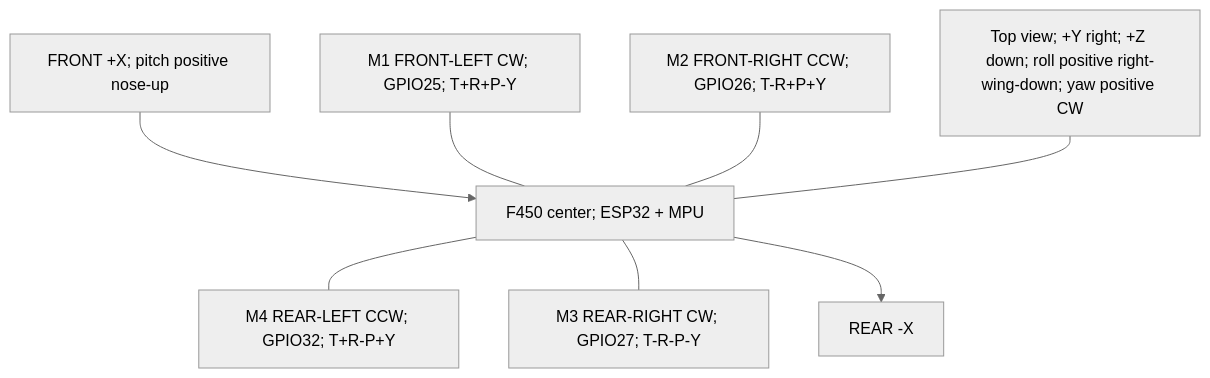
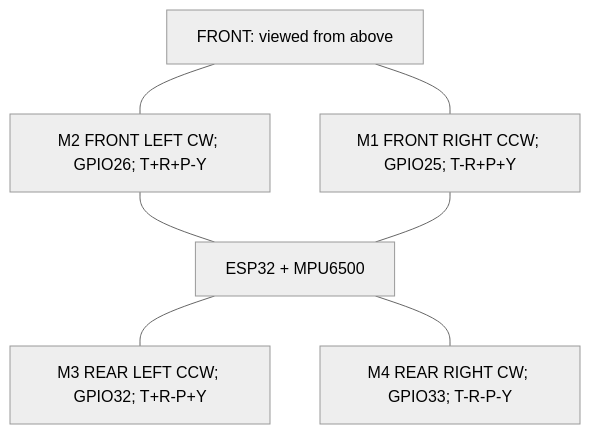
The diagram in diagrams/motor-layout.mmd (diyan07-ctrl/esp32-gesture-controlled-drone), drawn with Mermaid (neutral theme) before and after one commit. The commit also changed 72 other files, not shown here.

```diff
--- a/diagrams/motor-layout.mmd
+++ b/diagrams/motor-layout.mmd
@@ -1,8 +1,8 @@
 flowchart TB
-  F["FRONT +X; pitch positive nose-up"] --> C["F450 center; ESP32 + MPU"]
-  M1["M1 FRONT-LEFT CW; GPIO25; T+R+P-Y"] --- C
-  M2["M2 FRONT-RIGHT CCW; GPIO26; T-R+P+Y"] --- C
-  C --- M4["M4 REAR-LEFT CCW; GPIO32; T+R-P+Y"]
-  C --- M3["M3 REAR-RIGHT CW; GPIO27; T-R-P-Y"]
-  C --> REAR["REAR -X"]
-  AX["Top view; +Y right; +Z down; roll positive right-wing-down; yaw positive CW"] --- C
+  F["FRONT: viewed from above"]
+  F --- M2["M2 FRONT LEFT CW; GPIO26; T+R+P-Y"]
+  F --- M1["M1 FRONT RIGHT CCW; GPIO25; T-R+P+Y"]
+  M2 --- C["ESP32 + MPU6500"]
+  M1 --- C
+  C --- M3["M3 REAR LEFT CCW; GPIO32; T+R-P+Y"]
+  C --- M4["M4 REAR RIGHT CW; GPIO33; T-R-P-Y"]
```
